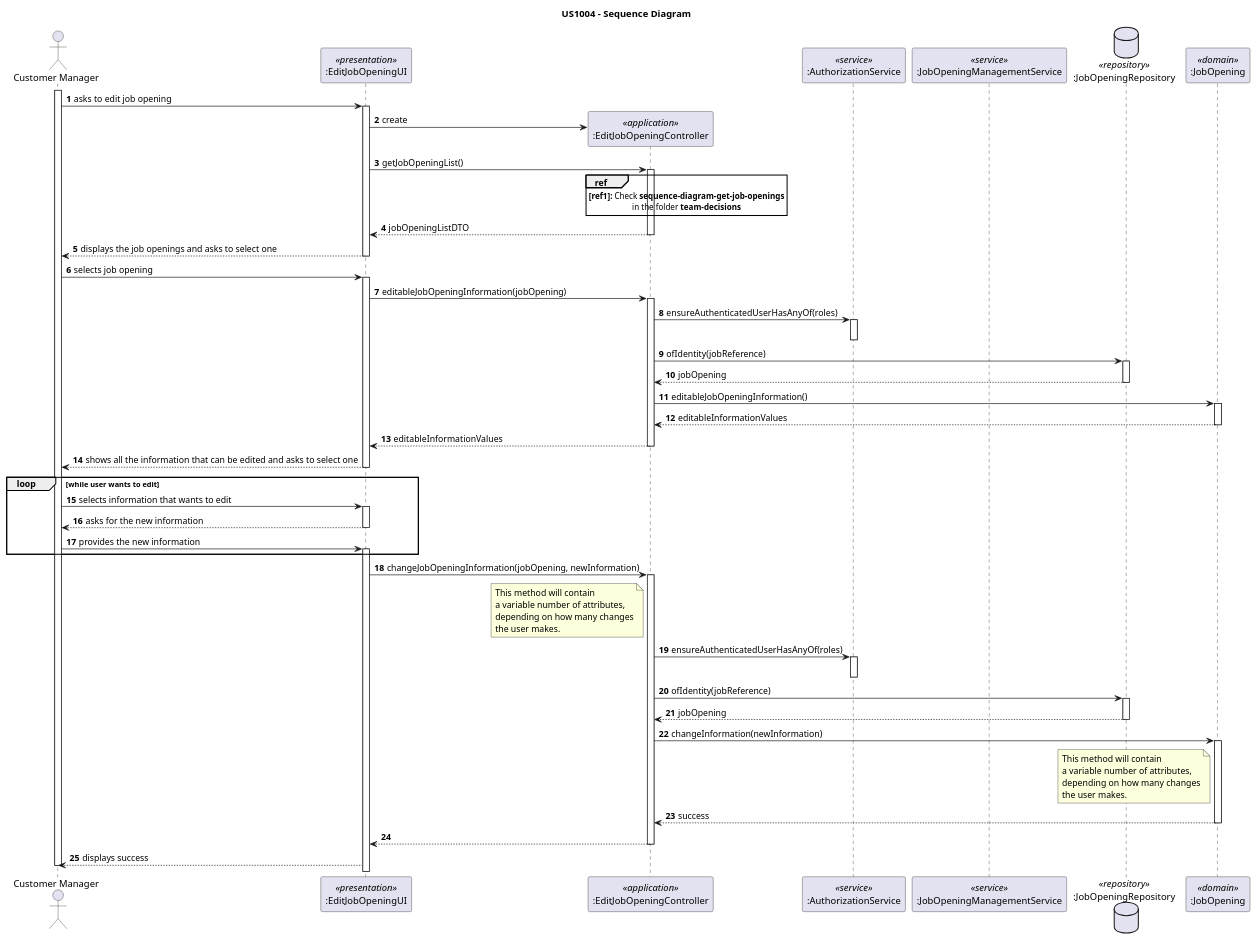
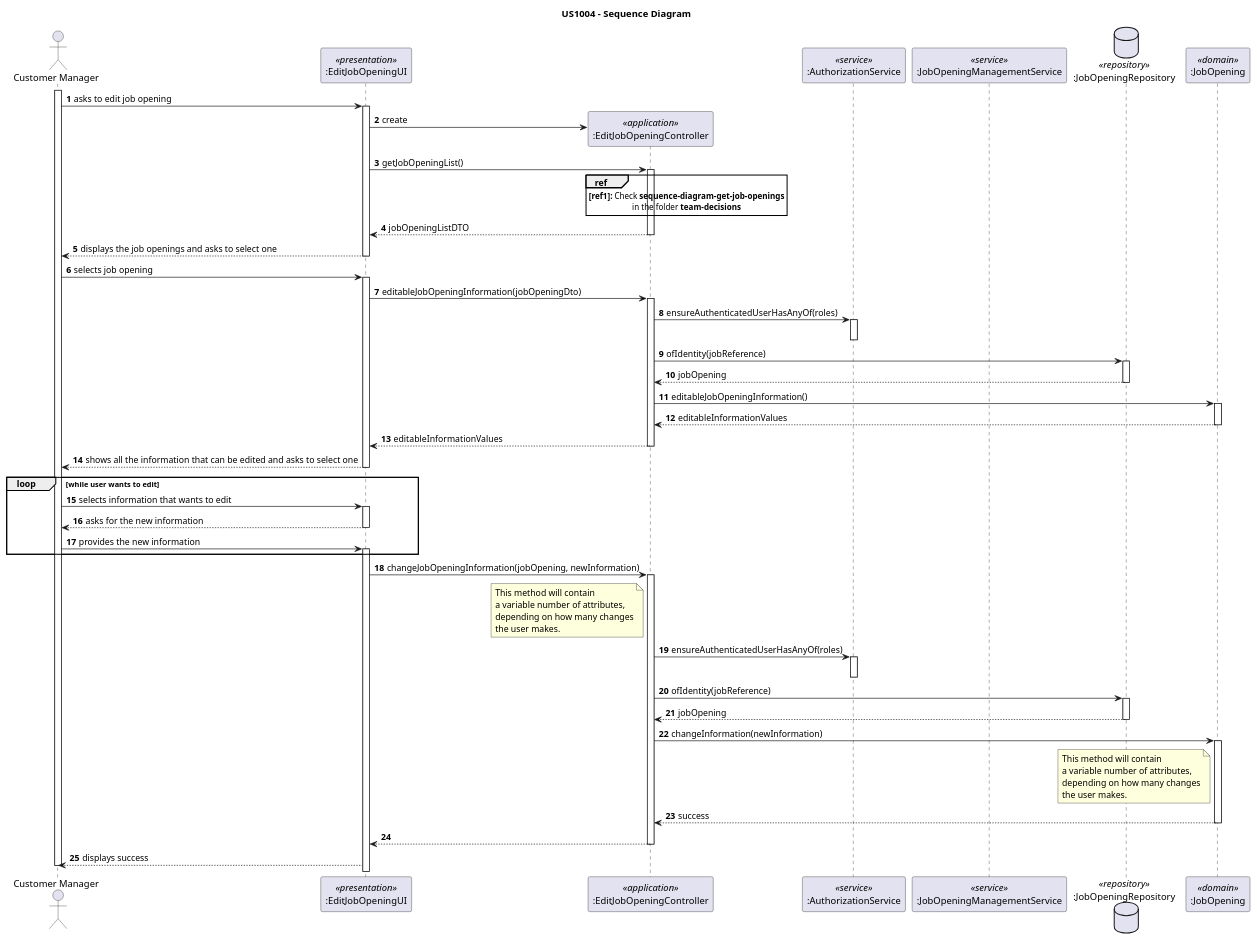
One commit to rita-barbosa/LAPR4-2324 changed the diagram in docs/sprint-c/us_1004/sequence-diagram.puml. Above: the diagram before and after it, drawn with PlantUML. The commit also changed 1 other file, not shown here.

Commit message:
docs: corrects parameter in sequence-diagram of us1004. [#162]

```diff
--- a/docs/sprint-c/us_1004/sequence-diagram.puml
+++ b/docs/sprint-c/us_1004/sequence-diagram.puml
@@ -1,119 +1,119 @@
 @startuml
 'https://plantuml.com/sequence-diagram
 
 title US1004 - Sequence Diagram
 
 autonumber
 
 actor "Customer Manager" as USER
 participant ":EditJobOpeningUI" as UI <<presentation>>
 participant ":EditJobOpeningController" as CTRL <<application>>
 participant ":AuthorizationService" as AUTHZ <<service>>
 participant ":JobOpeningManagementService" as JOMS <<service>>
 database ":JobOpeningRepository" as JO_REPO <<repository>>
 participant ":JobOpening" as JO <<domain>>
 
 activate USER
 
 USER -> UI : asks to edit job opening
 activate UI
 
 UI -> CTRL**: create
 
 UI -> CTRL : getJobOpeningList()
 activate CTRL
 
 ref over CTRL
 **[ref1]:** Check **sequence-diagram-get-job-openings**
 in the folder **team-decisions**
 end ref
 
 CTRL --> UI: jobOpeningListDTO
 deactivate CTRL
 
 UI --> USER : displays the job openings and asks to select one
 deactivate UI
 
 
 USER -> UI : selects job opening
 activate UI
 
-    UI -> CTRL: editableJobOpeningInformation(jobOpening)
+    UI -> CTRL: editableJobOpeningInformation(jobOpeningDto)
     activate CTRL
 
     CTRL -> AUTHZ:  ensureAuthenticatedUserHasAnyOf(roles)
     activate AUTHZ
     deactivate AUTHZ
 
     CTRL -> JO_REPO: ofIdentity(jobReference)
     activate JO_REPO
 
     JO_REPO --> CTRL: jobOpening
     deactivate JO_REPO
 
     CTRL -> JO : editableJobOpeningInformation()
     activate JO
 
     JO --> CTRL: editableInformationValues
     deactivate JO
 
     CTRL --> UI: editableInformationValues
     deactivate CTRL
 
 
 UI --> USER : shows all the information that can be edited and asks to select one
 deactivate UI
 
 loop while user wants to edit
 USER -> UI : selects information that wants to edit
 activate UI
 
 UI --> USER : asks for the new information
 deactivate UI
 
 USER -> UI: provides the new information
 activate UI
 end loop
 
     UI -> CTRL: changeJobOpeningInformation(jobOpening, newInformation)
     activate CTRL
 
         note left CTRL
         This method will contain
         a variable number of attributes,
         depending on how many changes
         the user makes.
         end note
 
     CTRL -> AUTHZ:  ensureAuthenticatedUserHasAnyOf(roles)
     activate AUTHZ
     deactivate AUTHZ
 
     CTRL -> JO_REPO: ofIdentity(jobReference)
     activate JO_REPO
 
     JO_REPO --> CTRL: jobOpening
     deactivate JO_REPO
 
     CTRL -> JO: changeInformation(newInformation)
     activate JO
 
         note left JO
         This method will contain
         a variable number of attributes,
         depending on how many changes
         the user makes.
         end note
 
     JO --> CTRL: success
     deactivate JO
 
 CTRL --> UI:
 deactivate CTRL
 
 UI --> USER: displays success
 
 deactivate USER
 
 
 @enduml
```
